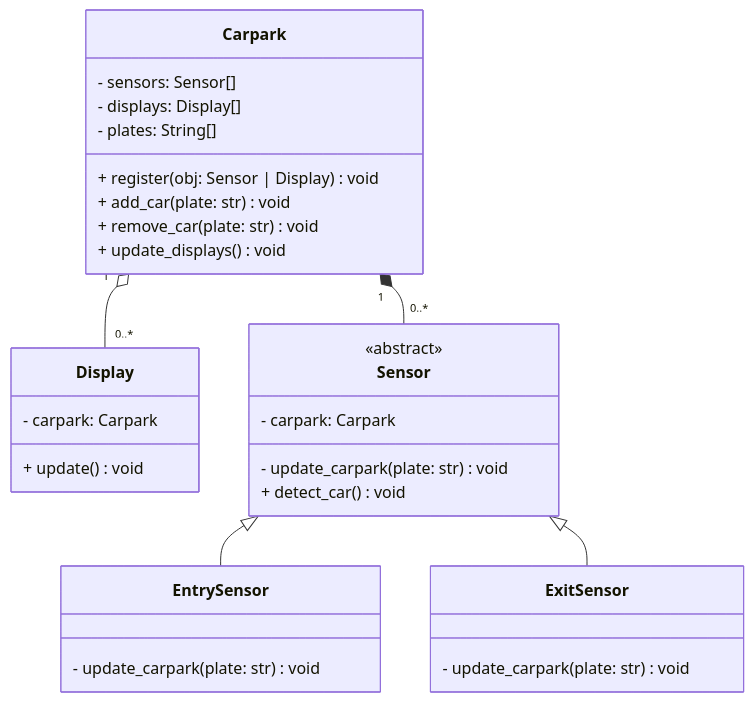
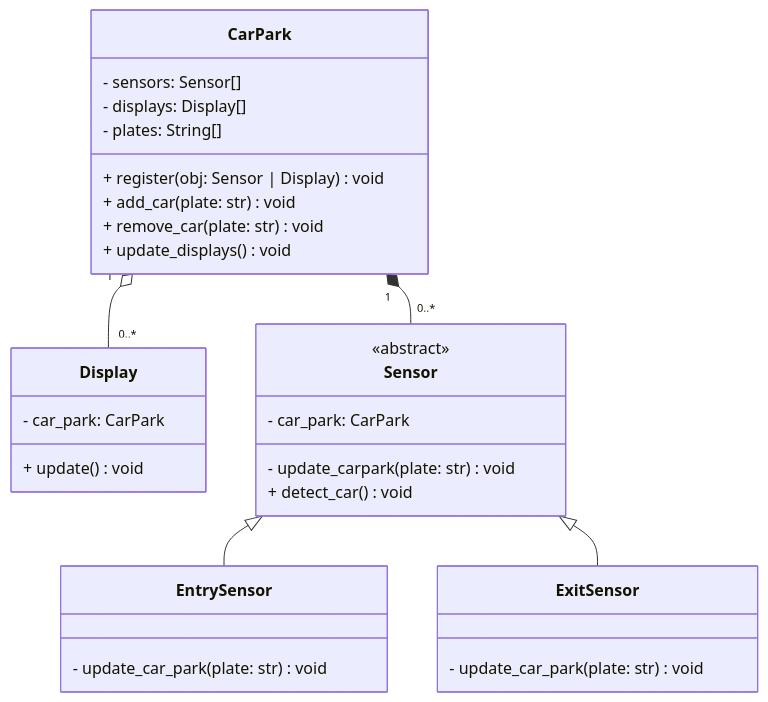
The second of 3 diagrams in activities/carpark-prj-guided.md (NM-TAFE/civ-ipriot-in-class-demos), drawn with Mermaid before and after one commit. The commit also changed other lines of this file, not shown here.

````diff
--- a/activities/carpark-prj-guided.md
+++ b/activities/carpark-prj-guided.md
@@ -320,35 +313,35 @@
 ```mermaid
 classDiagram
-      Carpark "1" o-- "0..*" Display
-      Carpark "1" *-- "0..*" Sensor
+      CarPark "1" o-- "0..*" Display
+      CarPark "1" *-- "0..*" Sensor
       Sensor <|-- EntrySensor
       Sensor <|-- ExitSensor 
       
 
-      class Carpark {
+      class CarPark {
          - sensors: Sensor[]
          - displays: Display[]
          - plates: String[]
          + register(obj: Sensor | Display) void
          + add_car(plate: str) void
          + remove_car(plate: str) void 
          + update_displays() void
       }
       class Sensor {
          <<abstract>>
-         - carpark: Carpark
+         - car_park: CarPark
          - update_carpark(plate: str) void
          + detect_car() void
       }
       class EntrySensor{
-         - update_carpark(plate: str) void
+         - update_car_park(plate: str) void
 
       }
       class ExitSensor{
-         - update_carpark(plate: str) void
+         - update_car_park(plate: str) void
       }
       class Display {
-         - carpark: Carpark
+         - car_park: CarPark
          + update() void
       }
 ```
````
